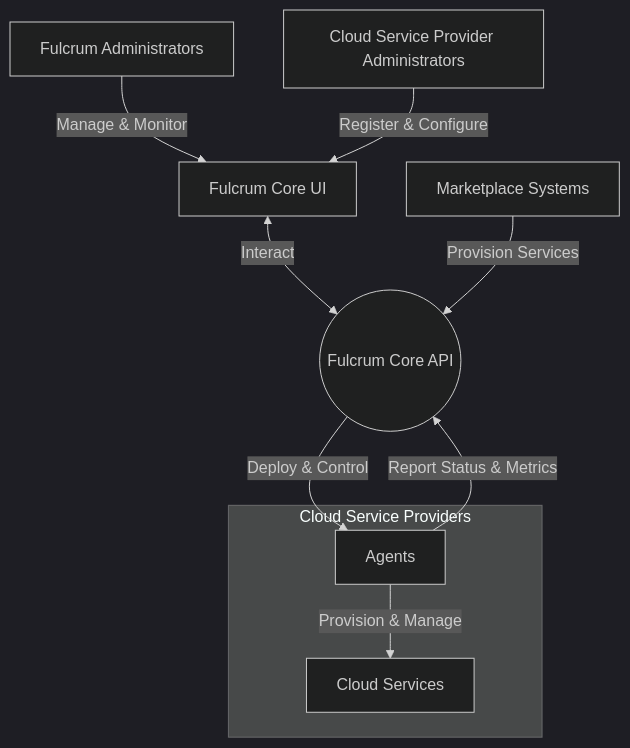
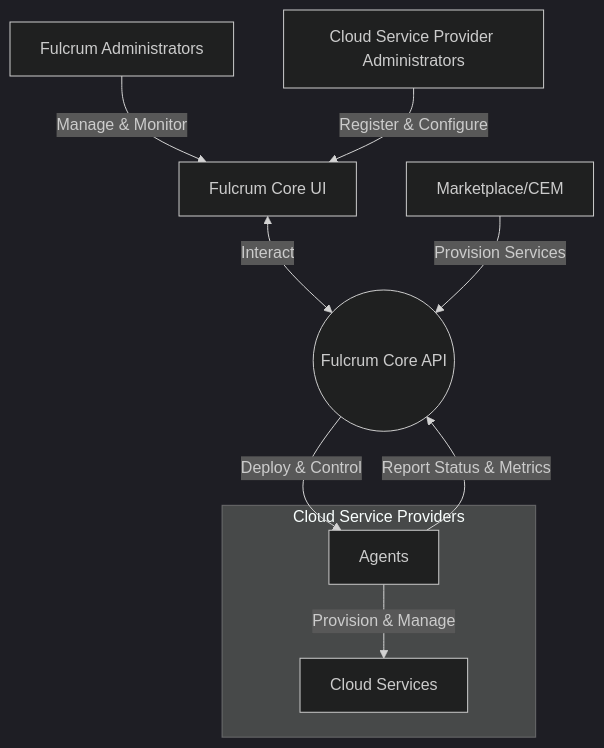
The first of 6 diagrams in docs/DESIGN.md (fulcrumproject/core), drawn with Mermaid (dark theme) before and after one commit.

````diff
--- a/docs/DESIGN.md
+++ b/docs/DESIGN.md
@@ -21,23 +21,23 @@
 ```mermaid
 graph TB
     FC((Fulcrum Core API))
     UI[Fulcrum Core UI]
     FA[Fulcrum Administrators]
     CSPA[Cloud Service Provider Administrators]
-    MP[Marketplace Systems]
+    MP[Marketplace/CEM]
     
     %% Cloud Service Providers containing Agents and Services
     subgraph CSP[Cloud Service Providers]
         AG[Agents]
         SVC[Cloud Services]
     end
     
     %% Relationships
     FA -->|Manage & Monitor| UI
     CSPA -->|Register & Configure| UI
     UI <-->|Interact| FC
     MP -->|Provision Services| FC
     FC -->|Deploy & Control| AG
     AG -->|Report Status & Metrics| FC
     AG -->|Provision & Manage| SVC
 ```
````
